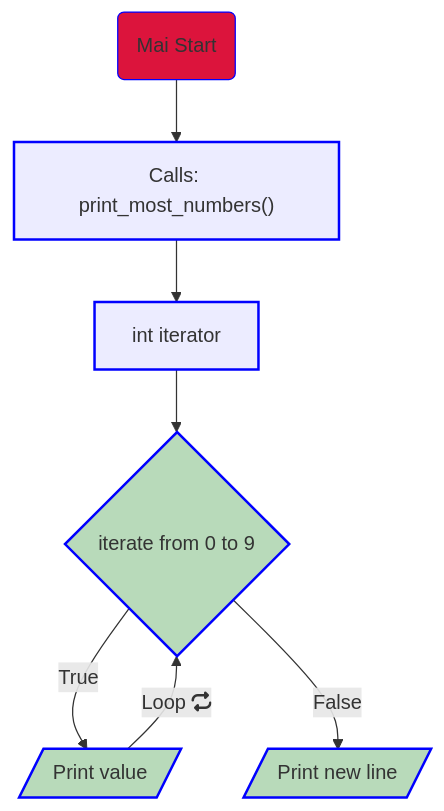
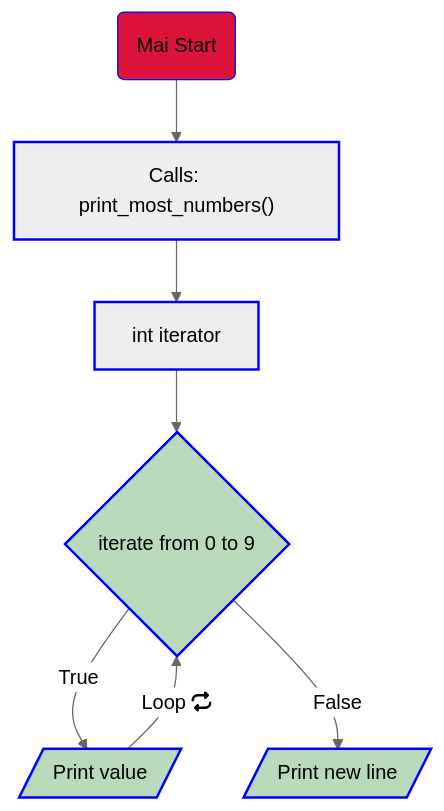
Before and after one commit to KevinYeff/holbertonschool-low_level_programming: the fifth of 5 diagrams in more_functions_nested_loops/README.md, drawn with Mermaid. The commit also changed other lines of this file, not shown here.

Commit message:
fix(README): flowchart theme fixed

````diff
--- a/more_functions_nested_loops/README.md
+++ b/more_functions_nested_loops/README.md
@@ -151,20 +151,20 @@
 ```mermaid
 graph TD;
 Start(Mai Start)-->Call["Calls: print_most_numbers()"]
 Call-->Declare["int iterator"]
 Declare-->Loop{"iterate from 0 to 9"}
 Loop-- True-->Print[/"Print value"/]
 Print-- Loop fa:fa-repeat-->Loop
 Loop-- False-->Print2[/"Print new line"/]
 
 style Start fill:crimson,stroke:blue,stroke-widdth:2px
 style Declare stroke:blue,stroke-width:2px
 style Call stroke:blue,stroke-width:2px
 style Loop fill:#b8daba,stroke:blue,stroke-width:2px
 style Print fill:#b8daba,stroke:blue,stroke-width:2px
 style Print2 fill:#b8daba,stroke:blue,stroke-width:2px
 
 %%{init:{
-	'theme': 'neutral',
+	'theme': 'neutral'
 }}%%
 ```
````
